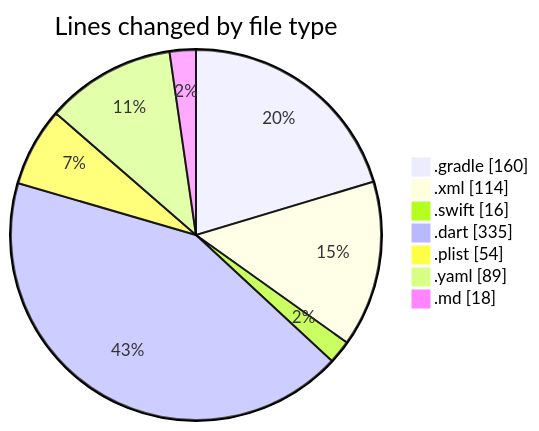
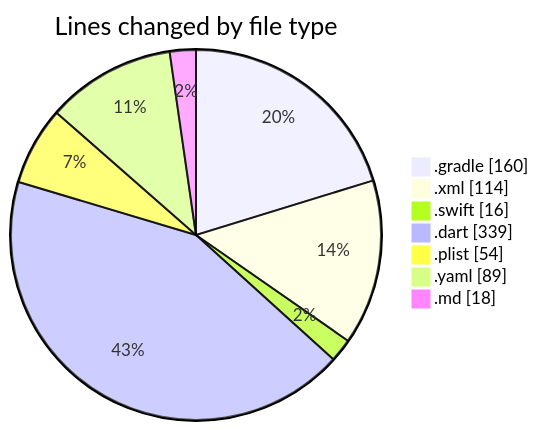
The first of 2 diagrams in 2025-01-01/uber_clone/README.md (donsfak/code-tracking), drawn with Mermaid before and after one commit. The commit also changed other lines of this file and 1 other file, not shown here.

````diff
--- a/2025-01-01/uber_clone/README.md
+++ b/2025-01-01/uber_clone/README.md
@@ -30,11 +30,11 @@
 ```mermaid
 pie showData
 title Lines changed by file type
 ".gradle" : 160
 ".xml" : 114
 ".swift" : 16
-".dart" : 335
+".dart" : 339
 ".plist" : 54
 ".yaml" : 89
 ".md" : 18
 ```
````
